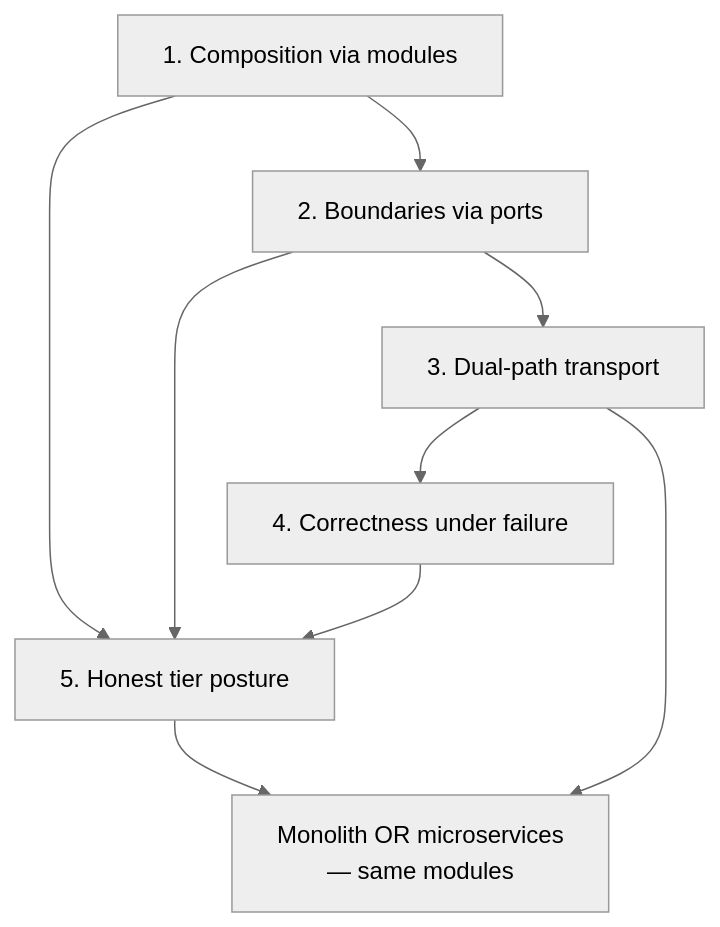
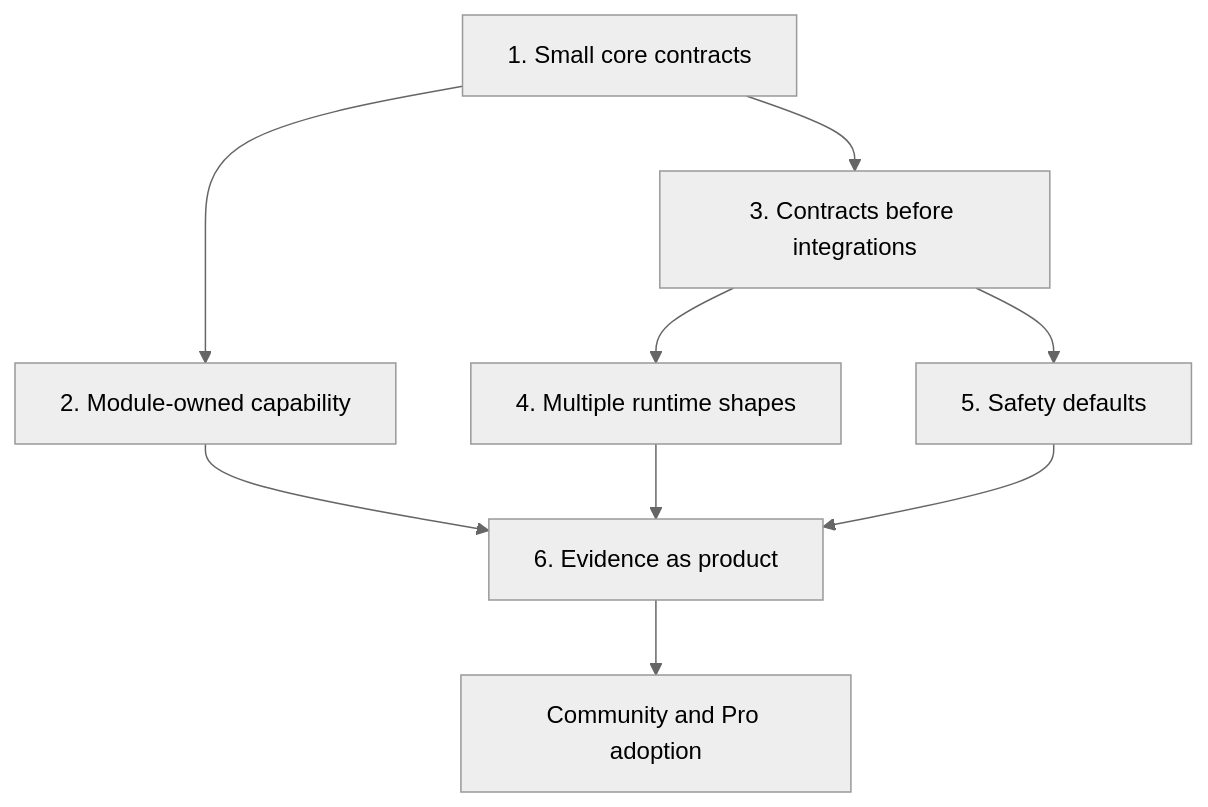
Before and after one commit to septagon-oss/pk-docs: the diagram in architecture/04-solution-strategy.md, drawn with Mermaid (neutral theme). The commit also changed other lines of this file and 40 other files, not shown here.

````diff
--- a/architecture/04-solution-strategy.md
+++ b/architecture/04-solution-strategy.md
@@ -131,11 +145,11 @@
 ```mermaid
 flowchart TB
-    Modularity["1. Composition via modules"] --> Boundaries["2. Boundaries via ports"]
-    Boundaries --> DualPath["3. Dual-path transport"]
-    DualPath --> Failure["4. Correctness under failure"]
-    Modularity --> Tiers["5. Honest tier posture"]
-    Boundaries --> Tiers
-    Failure --> Tiers
-    Tiers --> DeploymentChoice["Monolith OR microservices<br/>— same modules"]
-    DualPath --> DeploymentChoice
+    Core["1. Small core contracts"] --> Modules["2. Module-owned capability"]
+    Core --> Contracts["3. Contracts before integrations"]
+    Contracts --> Runtime["4. Multiple runtime shapes"]
+    Contracts --> Safety["5. Safety defaults"]
+    Safety --> Evidence["6. Evidence as product"]
+    Modules --> Evidence
+    Runtime --> Evidence
+    Evidence --> Adoption["Community and Pro adoption"]
 ```
````
